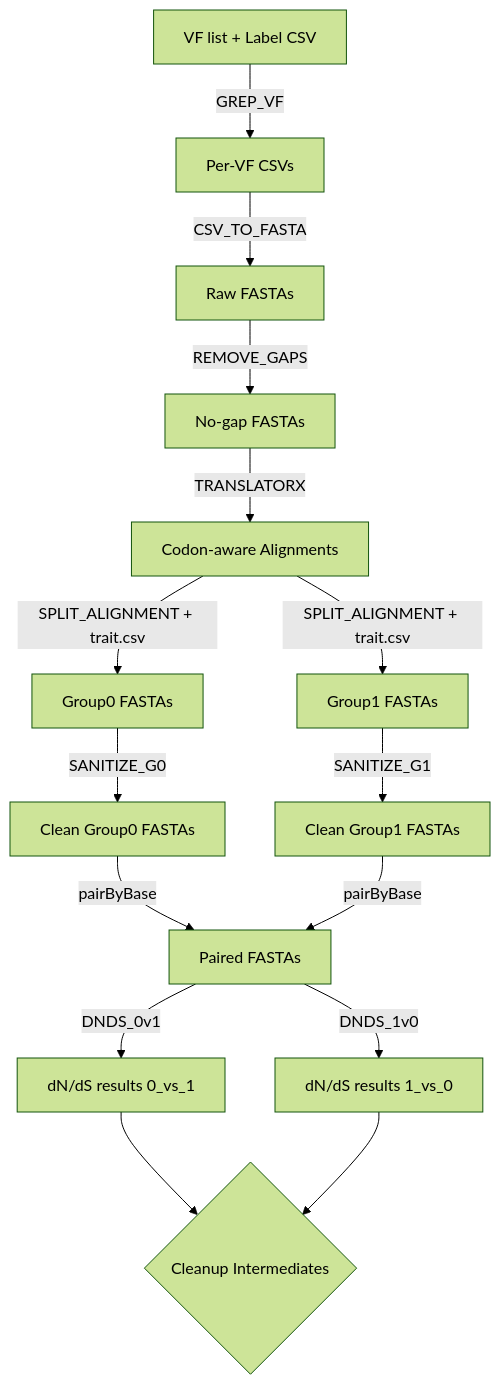
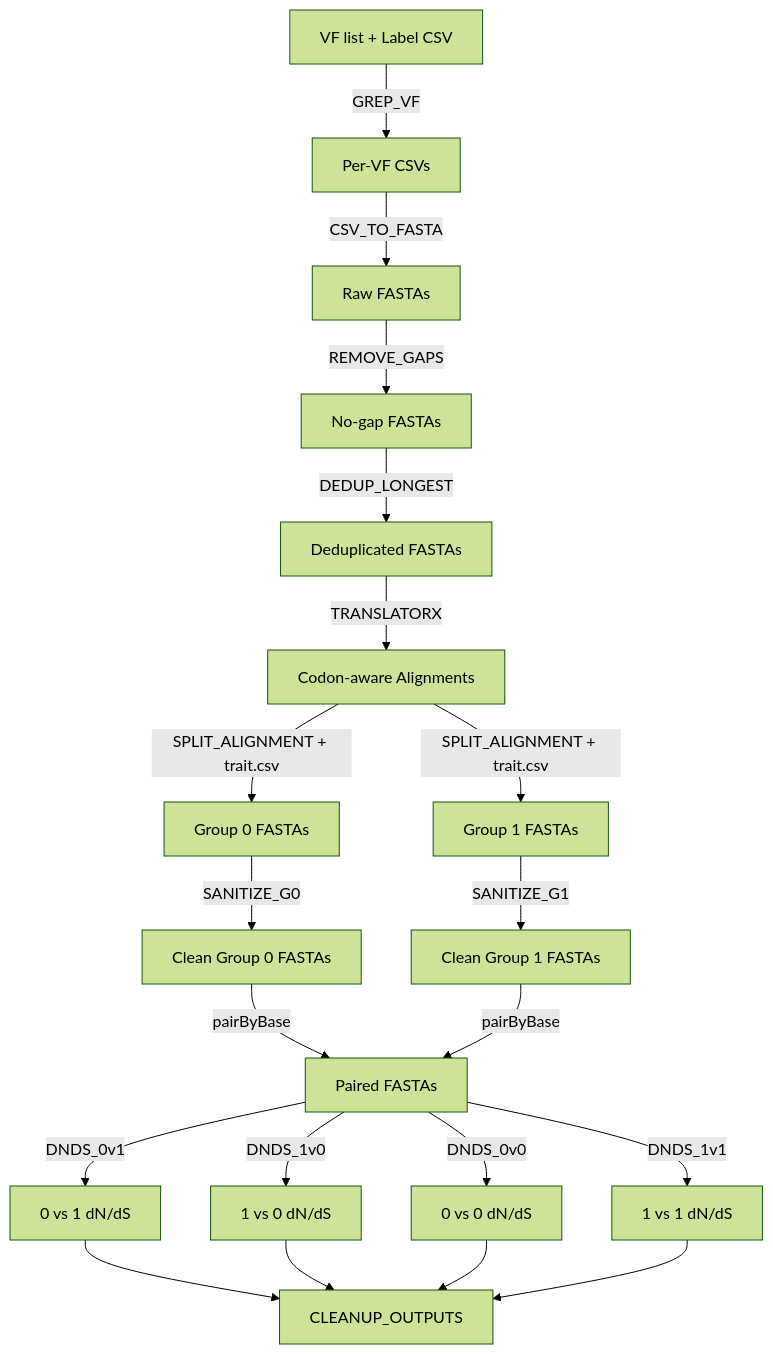
One commit to BoxuanBobLi/dNdS_tool changed the diagram in workflow/README.md. Above: the diagram before and after it, drawn with Mermaid (forest theme). The commit also changed other lines of this file, not shown here.

````diff
--- a/workflow/README.md
+++ b/workflow/README.md
@@ -104,15 +132,18 @@
 ```mermaid
 flowchart TD
     A[VF list + Label CSV] -->|GREP_VF| B[Per-VF CSVs]
     B -->|CSV_TO_FASTA| C[Raw FASTAs]
     C -->|REMOVE_GAPS| D[No-gap FASTAs]
-    D -->|TRANSLATORX| E[Codon-aware Alignments]
-    E -->|SPLIT_ALIGNMENT + trait.csv| F0[Group0 FASTAs]
-    E -->|SPLIT_ALIGNMENT + trait.csv| F1[Group1 FASTAs]
-    F0 -->|SANITIZE_G0| G0[Clean Group0 FASTAs]
-    F1 -->|SANITIZE_G1| G1[Clean Group1 FASTAs]
-    G0 & G1 -->|pairByBase| P[Paired FASTAs]
-    P -->|DNDS_0v1| H0[dN/dS results 0_vs_1]
-    P -->|DNDS_1v0| H1[dN/dS results 1_vs_0]
-    H0 & H1 --> CLEANUP{Cleanup Intermediates}
+    D -->|DEDUP_LONGEST| E[Deduplicated FASTAs]
+    E -->|TRANSLATORX| F[Codon-aware Alignments]
+    F -->|SPLIT_ALIGNMENT + trait.csv| G0[Group 0 FASTAs]
+    F -->|SPLIT_ALIGNMENT + trait.csv| G1[Group 1 FASTAs]
+    G0 -->|SANITIZE_G0| H0[Clean Group 0 FASTAs]
+    G1 -->|SANITIZE_G1| H1[Clean Group 1 FASTAs]
+    H0 & H1 -->|pairByBase| I[Paired FASTAs]
+    I -->|DNDS_0v1| J0[0 vs 1 dN/dS]
+    I -->|DNDS_1v0| J1[1 vs 0 dN/dS]
+    I -->|DNDS_0v0| J2[0 vs 0 dN/dS]
+    I -->|DNDS_1v1| J3[1 vs 1 dN/dS]
+    J0 & J1 & J2 & J3 --> K[CLEANUP_OUTPUTS]
 ```
````
